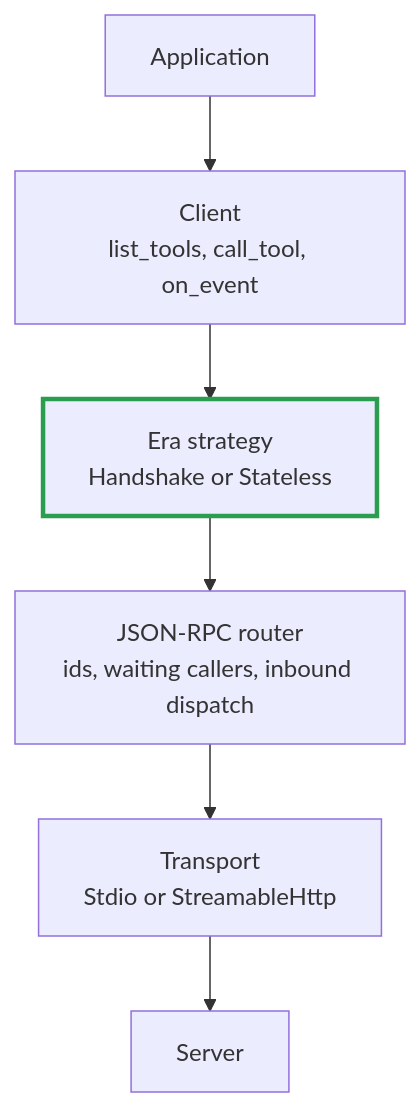
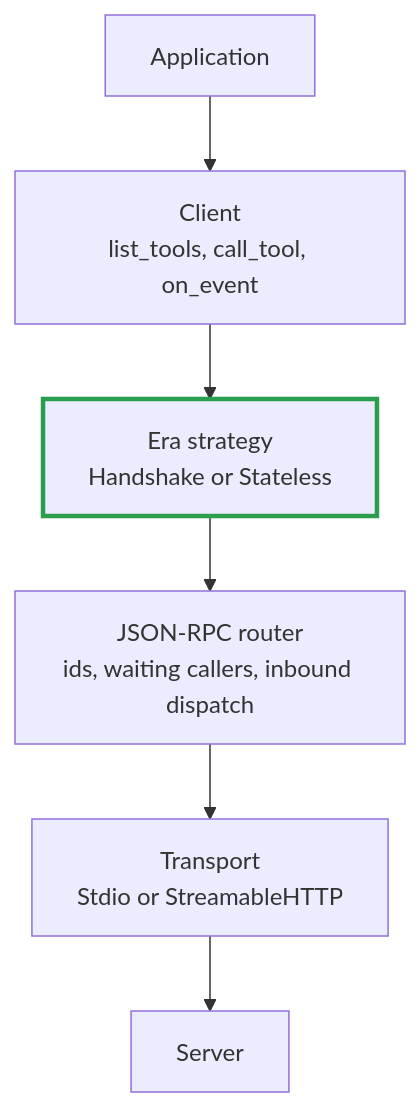
Before and after one commit to nogginly/mcpc.cr: the first of 5 diagrams in DESIGN.md, drawn with Mermaid. The commit also changed other lines of this file and 53 other files, not shown here.

````diff
--- a/DESIGN.md
+++ b/DESIGN.md
@@ -18,11 +18,11 @@
 ```mermaid
 flowchart TD
     APP[Application]
     API["Client<br/>list_tools, call_tool, on_event"]
     ERA["Era strategy<br/>Handshake or Stateless"]
     RPC["JSON-RPC router<br/>ids, waiting callers, inbound dispatch"]
-    T["Transport<br/>Stdio or StreamableHttp"]
+    T["Transport<br/>Stdio or StreamableHTTP"]
     S[Server]
     APP --> API --> ERA --> RPC --> T --> S
     style ERA stroke:#2a9d4f,stroke-width:3px
 ```
````
